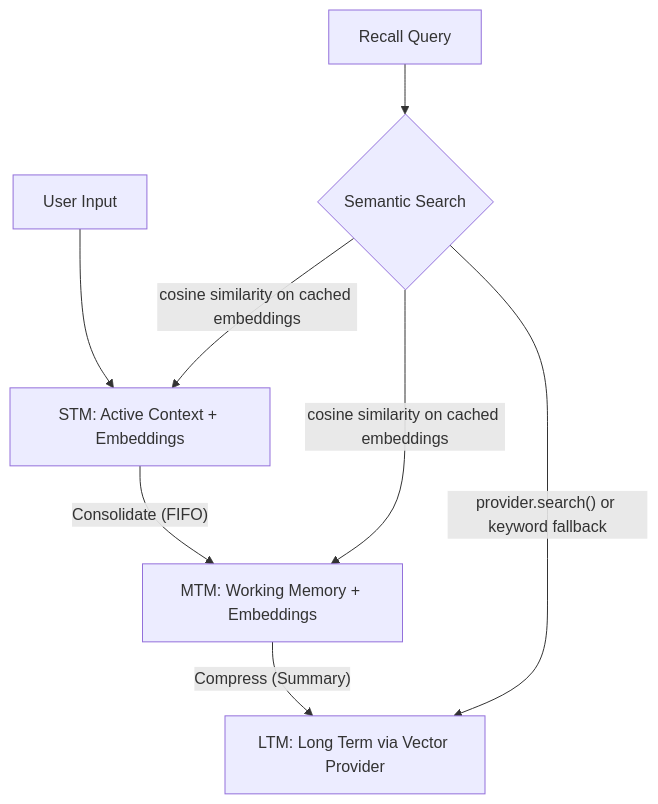
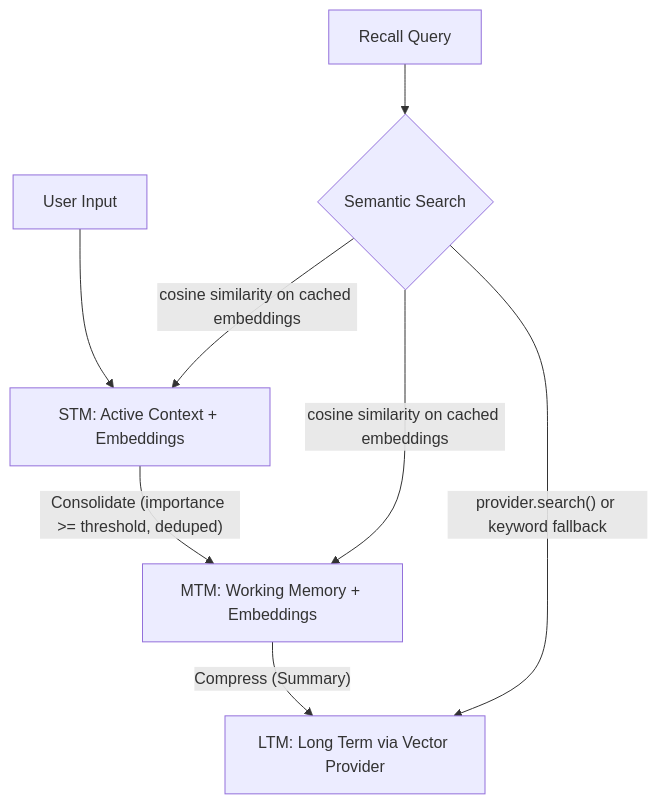
Before and after one commit to baselithcore/baselithcore: the diagram in mkdocs-site/docs/core-modules/hierarchical-memory.md, drawn with Mermaid. The commit also changed other lines of this file and 31 other files, not shown here.

````diff
--- a/mkdocs-site/docs/core-modules/hierarchical-memory.md
+++ b/mkdocs-site/docs/core-modules/hierarchical-memory.md
@@ -26,12 +26,12 @@
 ```mermaid
 graph TD
     User[User Input] --> STM
-    STM[STM: Active Context + Embeddings] -- "Consolidate (FIFO)" --> MTM
+    STM[STM: Active Context + Embeddings] -- "Consolidate (importance >= threshold, deduped)" --> MTM
     MTM[MTM: Working Memory + Embeddings] -- "Compress (Summary)" --> LTM
     LTM[LTM: Long Term via Vector Provider]
 
     Query[Recall Query] --> Search{Semantic Search}
     Search -- "cosine similarity on cached embeddings" --> STM
     Search -- "cosine similarity on cached embeddings" --> MTM
     Search -- "provider.search() or keyword fallback" --> LTM
 ```
````
